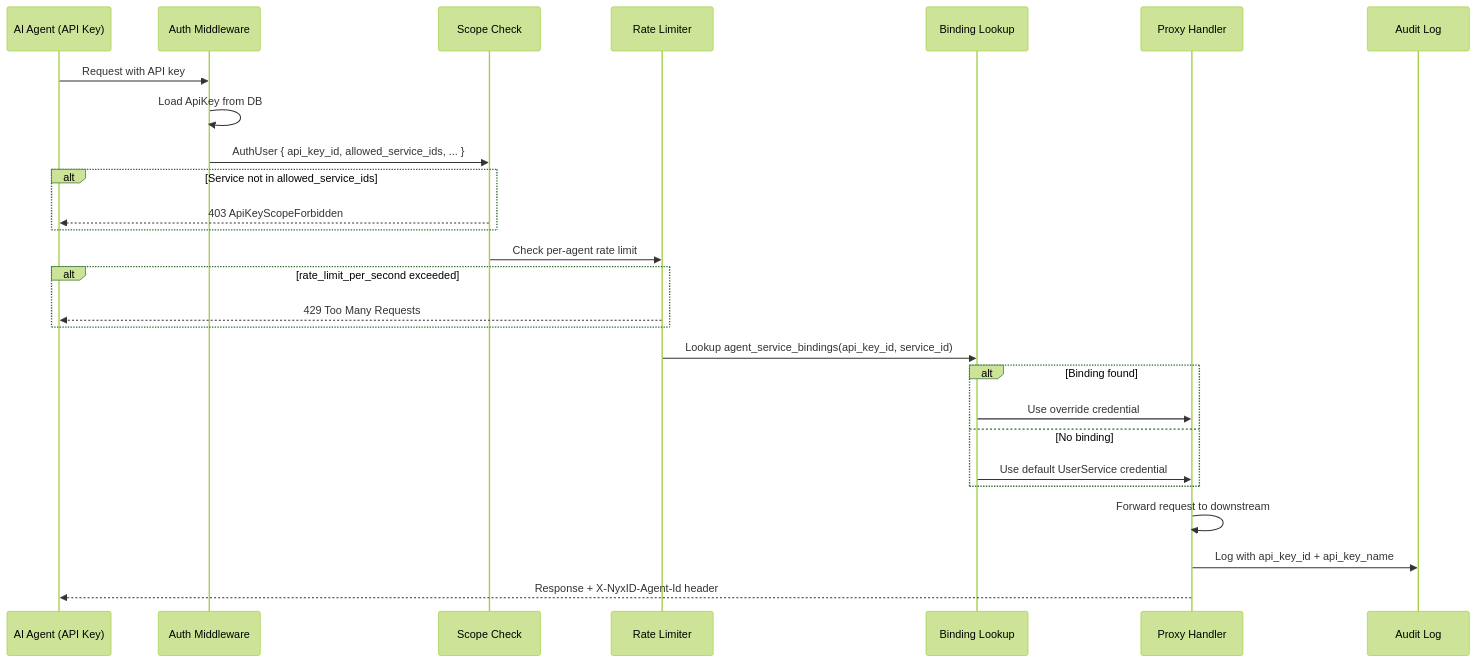
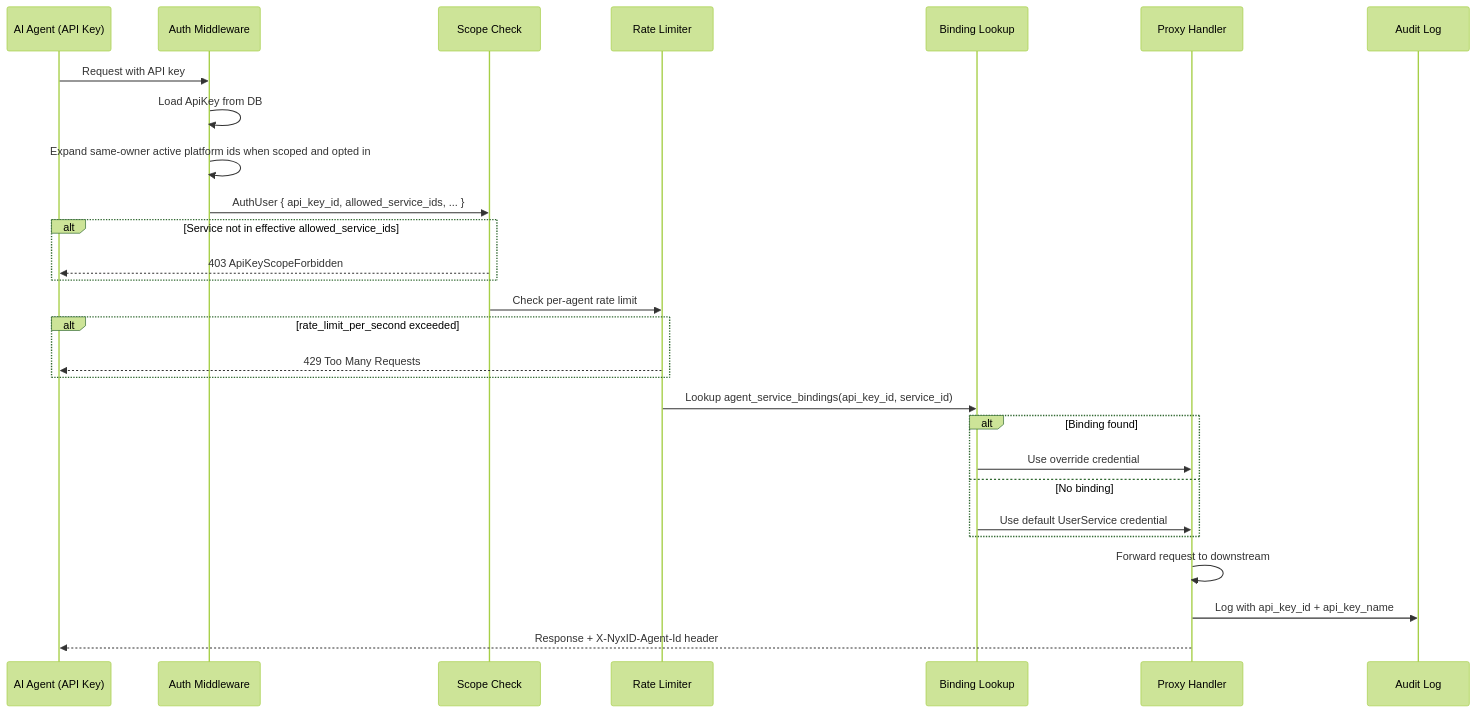
Before and after one commit to ChronoAIProject/NyxID: the second of 7 diagrams in docs/AGENT_ISOLATION.md, drawn with Mermaid (forest theme). The commit also changed other lines of this file and 104 other files, not shown here.

````diff
--- a/docs/AGENT_ISOLATION.md
+++ b/docs/AGENT_ISOLATION.md
@@ -49,34 +49,35 @@
 ```mermaid
 sequenceDiagram
     participant Agent as AI Agent (API Key)
     participant Auth as Auth Middleware
     participant Scope as Scope Check
     participant Rate as Rate Limiter
     participant Bind as Binding Lookup
     participant Proxy as Proxy Handler
     participant Audit as Audit Log
 
     Agent->>Auth: Request with API key
     Auth->>Auth: Load ApiKey from DB
+    Auth->>Auth: Expand same-owner active platform ids when scoped and opted in
     Auth->>Scope: AuthUser { api_key_id, allowed_service_ids, ... }
 
-    alt Service not in allowed_service_ids
+    alt Service not in effective allowed_service_ids
         Scope-->>Agent: 403 ApiKeyScopeForbidden
     end
 
     Scope->>Rate: Check per-agent rate limit
     alt rate_limit_per_second exceeded
         Rate-->>Agent: 429 Too Many Requests
     end
 
     Rate->>Bind: Lookup agent_service_bindings(api_key_id, service_id)
     alt Binding found
         Bind->>Proxy: Use override credential
     else No binding
         Bind->>Proxy: Use default UserService credential
     end
 
     Proxy->>Proxy: Forward request to downstream
     Proxy->>Audit: Log with api_key_id + api_key_name
     Proxy-->>Agent: Response + X-NyxID-Agent-Id header
 ```
````
